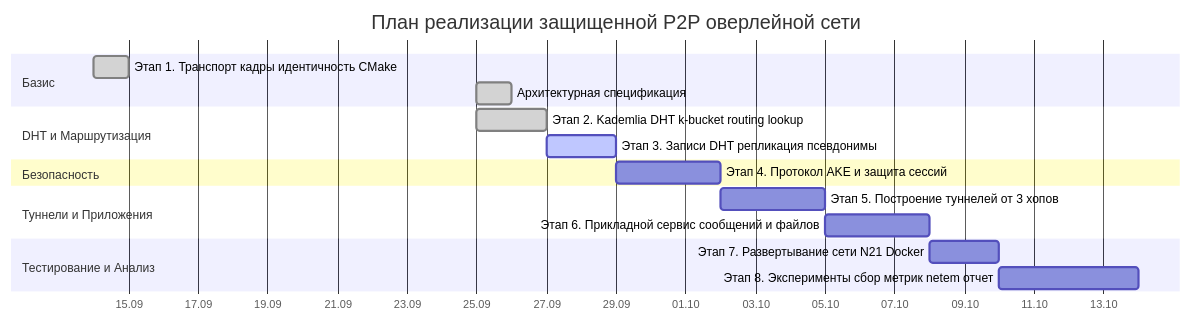
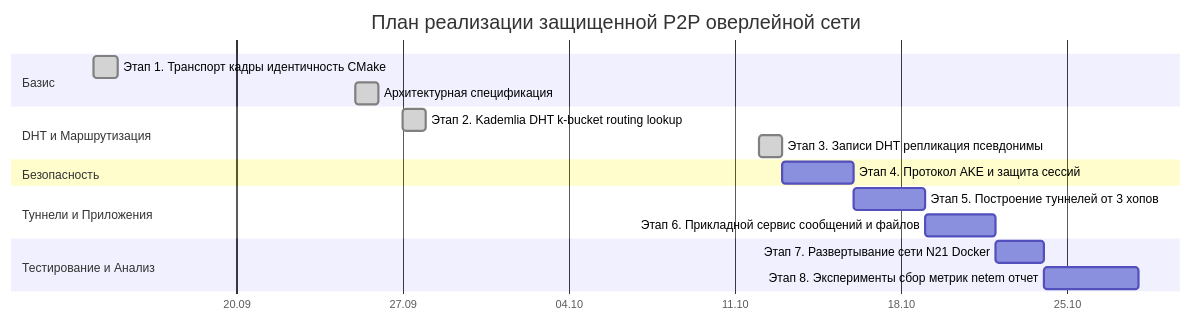
One commit to dmortyanov/p2p-overlay changed the eighth of 8 diagrams in docs/architecture.md. Above: the diagram before and after it, drawn with Mermaid. The commit also changed other lines of this file, not shown here.

Commit message:
docs: update roadmap in architecture.md with completion dates for stages 1-3

````diff
--- a/docs/architecture.md
+++ b/docs/architecture.md
@@ -528,20 +528,20 @@
 ```mermaid
 gantt
     title План реализации защищенной P2P оверлейной сети
     dateFormat  YYYY-MM-DD
     axisFormat  %d.%m
     section Базис
     Этап 1. Транспорт кадры идентичность CMake       :done, s1, 2026-09-14, 1d
     Архитектурная спецификация                      :done, s_arch, 2026-09-25, 1d
     section DHT и Маршрутизация
-    Этап 2. Kademlia DHT k-bucket routing lookup    :done, s2, 2026-09-25, 2d
-    Этап 3. Записи DHT репликация псевдонимы        :active, s3, 2026-09-27, 2d
+    Этап 2. Kademlia DHT k-bucket routing lookup    :done, s2, 2026-09-27, 1d
+    Этап 3. Записи DHT репликация псевдонимы        :done, s3, 2026-10-12, 1d
     section Безопасность
-    Этап 4. Протокол AKE и защита сессий            :s4, 2026-09-29, 3d
+    Этап 4. Протокол AKE и защита сессий            :s4, 2026-10-13, 3d
     section Туннели и Приложения
-    Этап 5. Построение туннелей от 3 хопов          :s5, 2026-10-02, 3d
-    Этап 6. Прикладной сервис сообщений и файлов    :s6, 2026-10-05, 3d
+    Этап 5. Построение туннелей от 3 хопов          :s5, 2026-10-16, 3d
+    Этап 6. Прикладной сервис сообщений и файлов    :s6, 2026-10-19, 3d
     section Тестирование и Анализ
-    Этап 7. Развертывание сети N21 Docker           :s7, 2026-10-08, 2d
-    Этап 8. Эксперименты сбор метрик netem отчет    :s8, 2026-10-10, 4d
+    Этап 7. Развертывание сети N21 Docker           :s7, 2026-10-22, 2d
+    Этап 8. Эксперименты сбор метрик netem отчет    :s8, 2026-10-24, 4d
 ```
````
